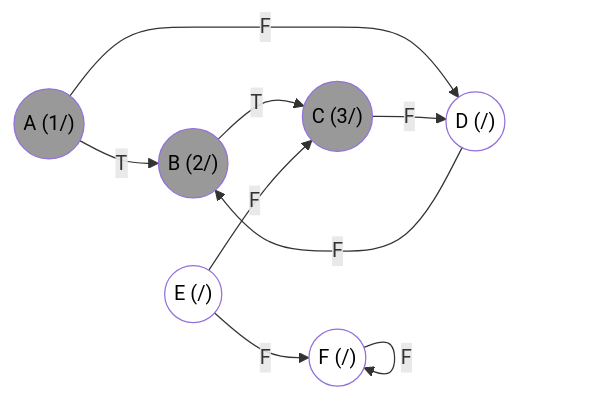
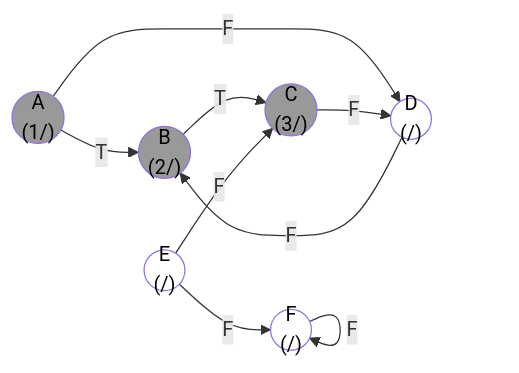
One commit to UFMG-Organizacao-de-Disciplinas/DCC865-Projeto_e_Analise_de_Algoritmos changed the ninth of 27 diagrams in 2024.2/Materiais enviados/Listas/Resoluções/Lista 3.md. Above: the diagram before and after it, drawn with Mermaid. The commit also changed other lines of this file and 1 other file, not shown here.

````diff
--- a/2024.2/Materiais enviados/Listas/Resoluções/Lista 3.md
+++ b/2024.2/Materiais enviados/Listas/Resoluções/Lista 3.md
@@ -509,28 +512,28 @@
 ```mermaid
 graph LR
     %% Coloração: fundo branco, texto preto
     style A fill:#999,color:#000
     style B fill:#999,color:#000
     style C fill:#999,color:#000
     style D fill:#fff,color:#000
     style E fill:#fff,color:#000
     style F fill:#fff,color:#000
     
     %% Vértices
-    A(("A (1/)"))
-    B(("B (2/)"))
-    C(("C (3/)"))
-    D(("D (/)"))
-    E(("E (/)"))
-    F(("F (/)"))
+    A(("A <br> (1/)"))
+    B(("B <br> (2/)"))
+    C(("C <br> (3/)"))
+    D(("D <br> (/)"))
+    E(("E <br> (/)"))
+    F(("F <br> (/)"))
 
     %% Arestas
     A -->|T| B
     A -->|F| D
     B -->|T| C
     C -->|F| D
     D -->|F| B
     E -->|F| C
     E -->|F| F
     F -->|F| F
 ```
````
